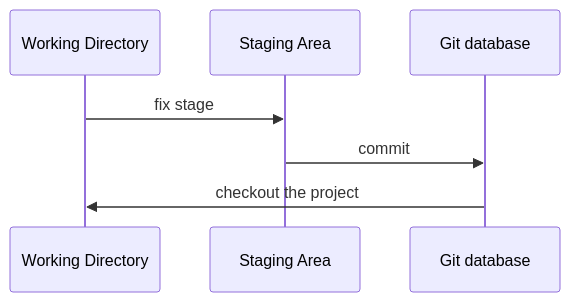
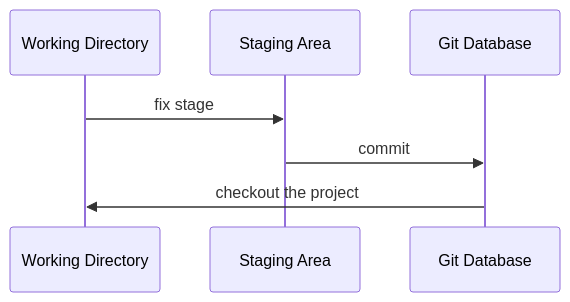
Before and after one commit to bingyangchen/KM-software: the third of 5 diagrams in 軟體開發必學工具/Git/CH1 - 簡介.md, drawn with Mermaid. The commit also changed other lines of this file and 69 other files, not shown here.

````diff
--- a/軟體開發必學工具/Git/CH1 - 簡介.md
+++ b/軟體開發必學工具/Git/CH1 - 簡介.md
@@ -152,6 +167,6 @@
 ```mermaid
 sequenceDiagram
     Working Directory->>Staging Area: fix stage
-    Staging Area->>Git database: commit
-    Git database->>Working Directory: checkout the project
+    Staging Area->>Git Database: commit
+    Git Database->>Working Directory: checkout the project
 ```
````
